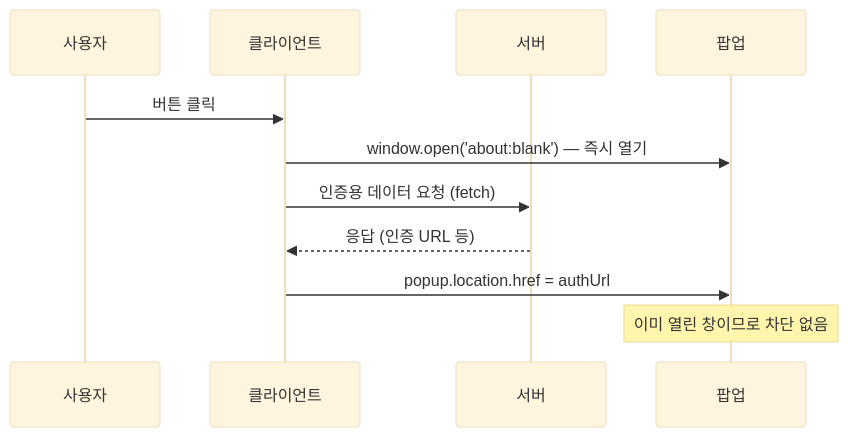
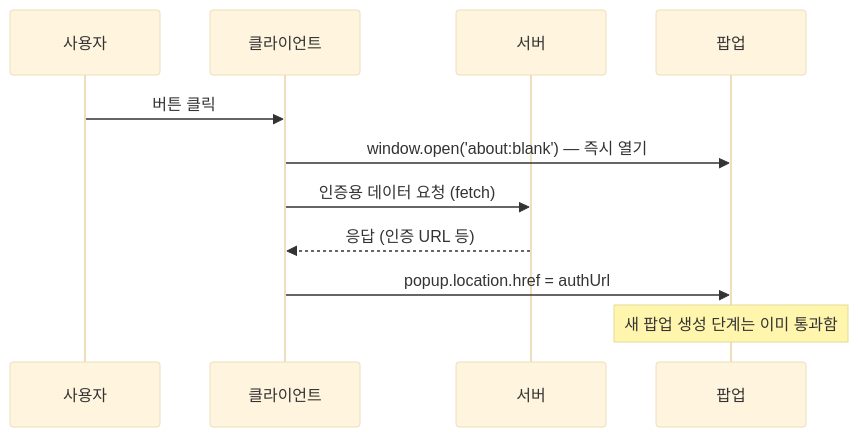
Before and after one commit to 253eosam/253eosam.github.io: the second of 2 diagrams in content/2026-04-09-safari-popup-blocking/index.md, drawn with Mermaid (base theme). The commit also changed other lines of this file, not shown here.

Commit message:
docs: add Safari popup blocking note

````diff
--- a/content/2026-04-09-safari-popup-blocking/index.md
+++ b/content/2026-04-09-safari-popup-blocking/index.md
@@ -105,14 +112,14 @@
 ```mermaid
 sequenceDiagram
     participant User as 사용자
     participant Client as 클라이언트
     participant Server as 서버
     participant Popup as 팝업
 
     User->>Client: 버튼 클릭
     Client->>Popup: window.open('about:blank') — 즉시 열기
     Client->>Server: 인증용 데이터 요청 (fetch)
     Server-->>Client: 응답 (인증 URL 등)
     Client->>Popup: popup.location.href = authUrl
-    Note over Popup: 이미 열린 창이므로 차단 없음
+    Note over Popup: 새 팝업 생성 단계는 이미 통과함
 ```
````
